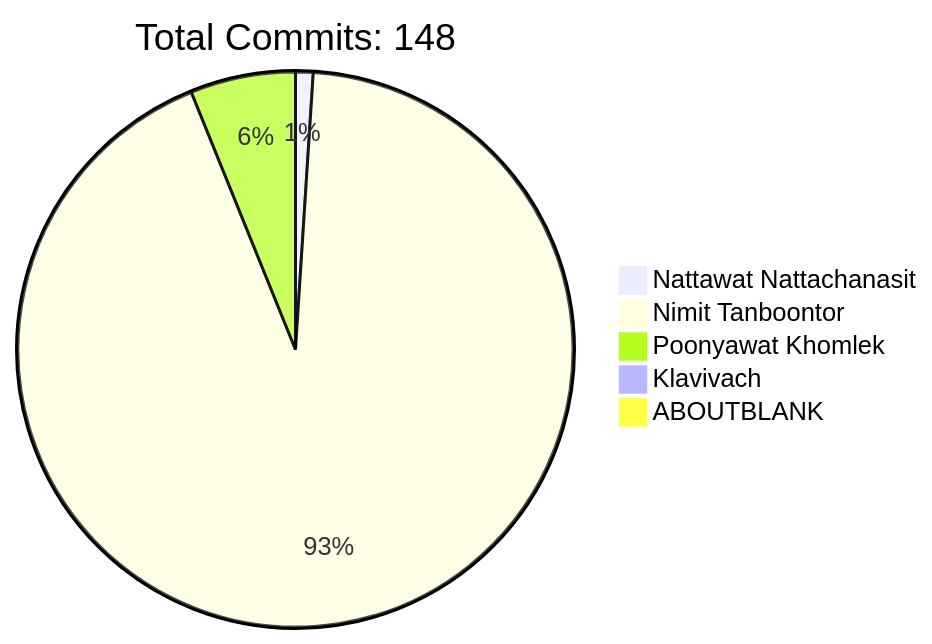
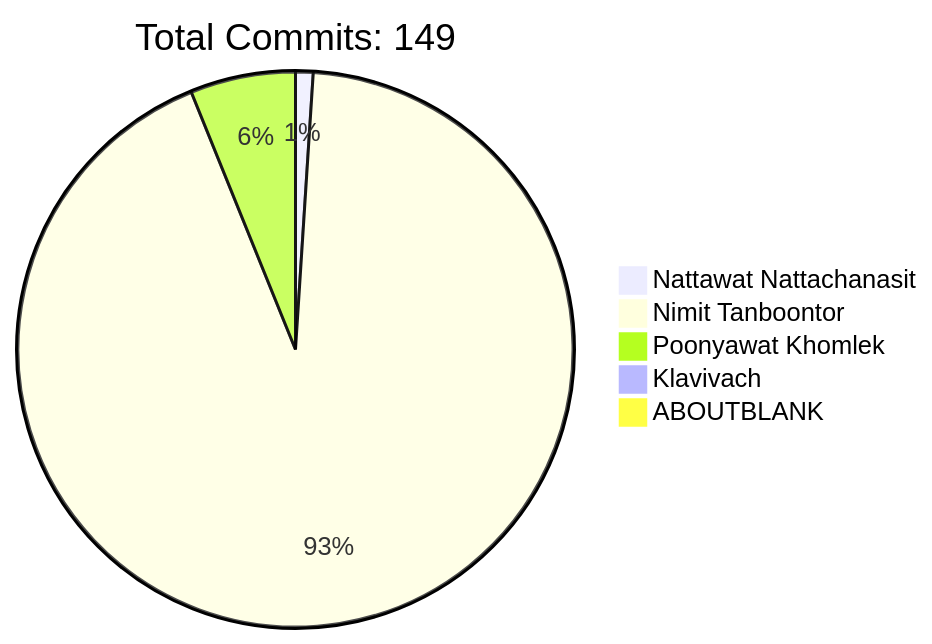
The diagram in README.md (HLLC-MFU/HLLC-2025), drawn with Mermaid before and after one commit. The commit also changed other lines of this file, not shown here.

````diff
--- a/README.md
+++ b/README.md
@@ -170,9 +170,9 @@
 ```mermaid
 pie
-    title Total Commits: 148
+    title Total Commits: 149
     "Nattawat Nattachanasit" : 1
     "Nimit Tanboontor" : 91
     "Poonyawat Khomlek" : 6
     "Klavivach" : 0
     "ABOUTBLANK" : 0
 ```
````
